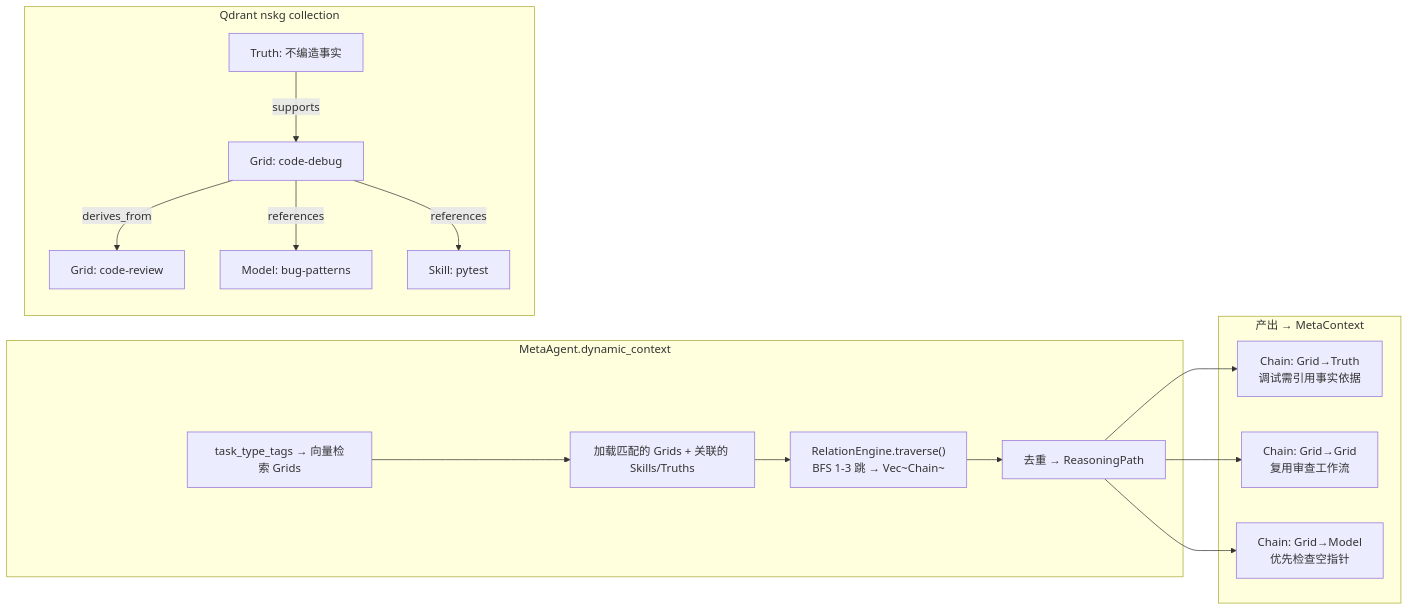
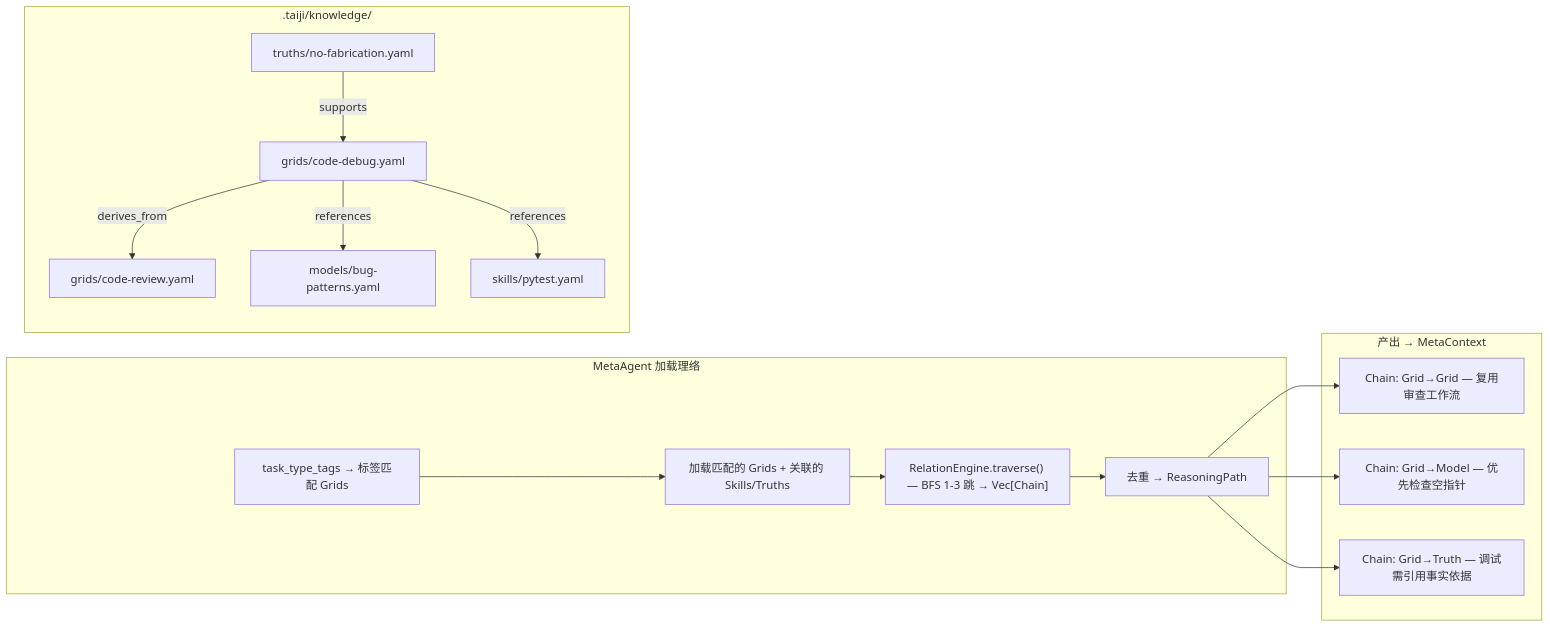
The sixth of 7 diagrams in BCP-蓝图-完型协议.md (wenge6090-tech/taiji), drawn with Mermaid before and after one commit. The commit also changed other lines of this file and 212 other files, not shown here.

````diff
--- a/BCP-蓝图-完型协议.md
+++ b/BCP-蓝图-完型协议.md
@@ -549,30 +461,30 @@
 ```mermaid
 flowchart LR
-    subgraph "MetaAgent.dynamic_context"
-        QUERY["task_type_tags → 向量检索 Grids"]
+    subgraph "MetaAgent 加载理络"
+        QUERY["task_type_tags → 标签匹配 Grids"]
         QUERY --> LOAD["加载匹配的 Grids + 关联的 Skills/Truths"]
-        LOAD --> BFS["RelationEngine.traverse()\nBFS 1-3 跳 → Vec~Chain~"]
+        LOAD --> BFS["RelationEngine.traverse() — BFS 1-3 跳 → Vec[Chain]"]
         BFS --> DEDUP["去重 → ReasoningPath"]
     end
 
-    subgraph "Qdrant nskg collection"
-        G1["Grid: code-debug"]
-        G2["Grid: code-review"]
-        M1["Model: bug-patterns"]
-        S1["Skill: pytest"]
-        T1["Truth: 不编造事实"]
+    subgraph ".taiji/knowledge/"
+        G1["grids/code-debug.yaml"]
+        G2["grids/code-review.yaml"]
+        M1["models/bug-patterns.yaml"]
+        S1["skills/pytest.yaml"]
+        T1["truths/no-fabrication.yaml"]
 
         G1 -->|derives_from| G2
         G1 -->|references| M1
         G1 -->|references| S1
         T1 -->|supports| G1
     end
 
     subgraph "产出 → MetaContext"
-        C1["Chain: Grid→Truth\n调试需引用事实依据"]
-        C2["Chain: Grid→Grid\n复用审查工作流"]
-        C3["Chain: Grid→Model\n优先检查空指针"]
+        C1["Chain: Grid→Grid — 复用审查工作流"]
+        C2["Chain: Grid→Model — 优先检查空指针"]
+        C3["Chain: Grid→Truth — 调试需引用事实依据"]
     end
 
     DEDUP --> C1 & C2 & C3
 ```
````
